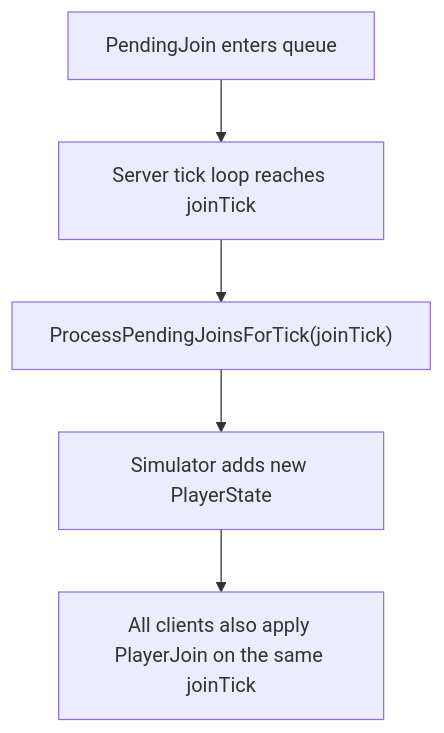
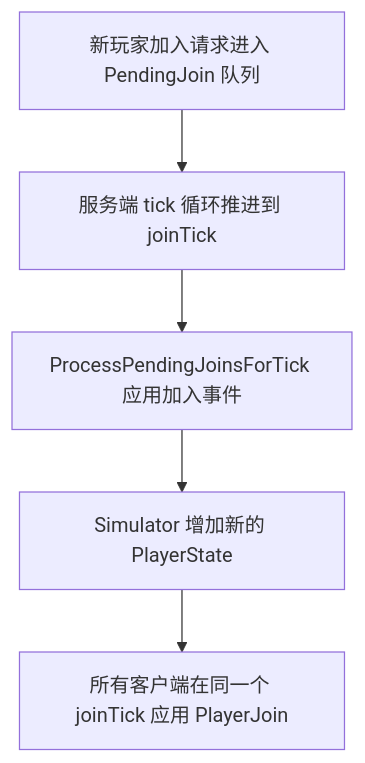
The third of 3 diagrams in ServerHost/ConnectionFlow.md (inikin111/Unity-Lockstep), drawn with Mermaid before and after one commit. The commit also changed other lines of this file and 2 other files, not shown here.

````diff
--- a/ServerHost/ConnectionFlow.md
+++ b/ServerHost/ConnectionFlow.md
@@ -50,7 +34,7 @@
 ```mermaid
 flowchart TD
-    A["PendingJoin enters queue"] --> B["Server tick loop reaches joinTick"]
-    B --> C["ProcessPendingJoinsForTick(joinTick)"]
-    C --> D["Simulator adds new PlayerState"]
-    D --> E["All clients also apply PlayerJoin on the same joinTick"]
+    A["新玩家加入请求进入 PendingJoin 队列"] --> B["服务端 tick 循环推进到 joinTick"]
+    B --> C["ProcessPendingJoinsForTick 应用加入事件"]
+    C --> D["Simulator 增加新的 PlayerState"]
+    D --> E["所有客户端在同一个 joinTick 应用 PlayerJoin"]
 ```
````
